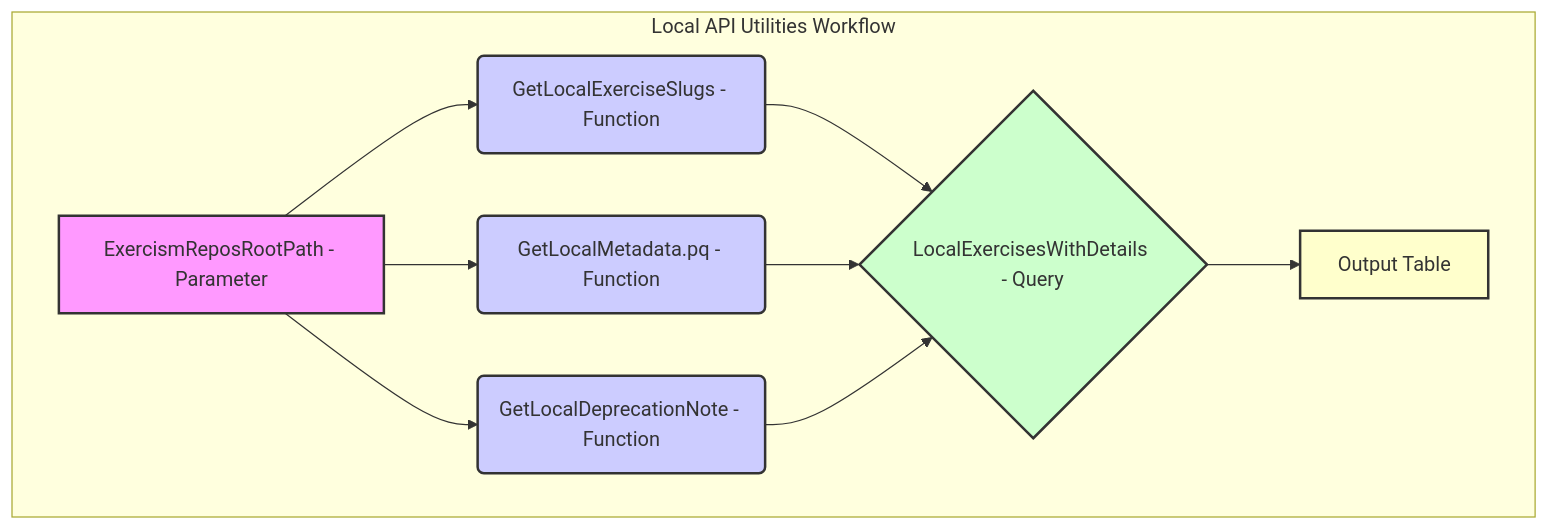
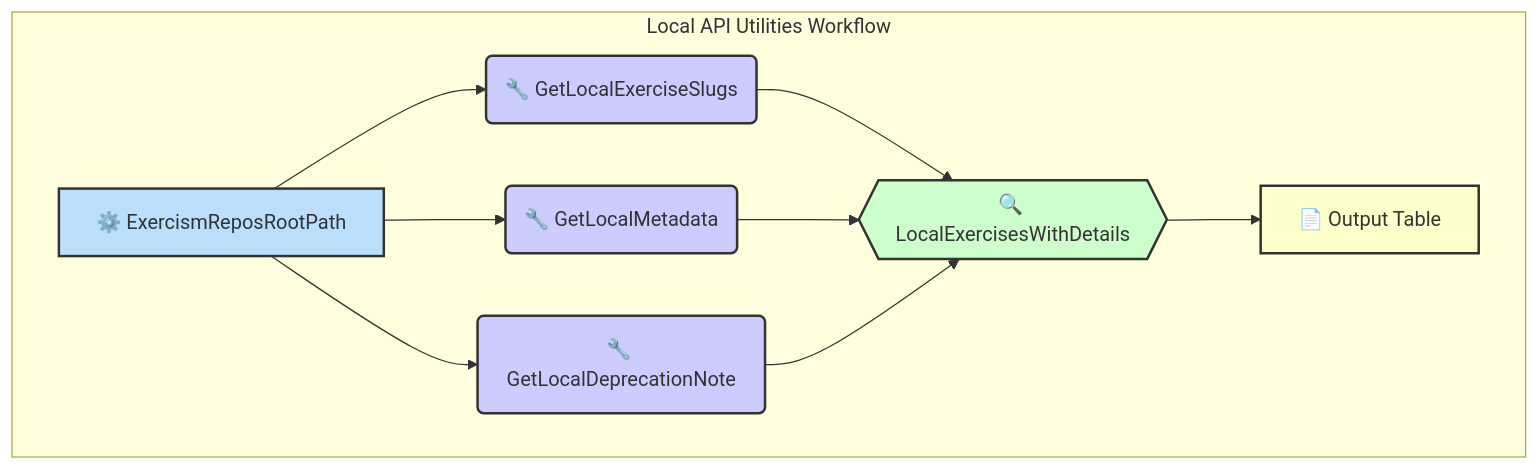
Before and after one commit to rabestro/exercism-api-powerquery-m: the diagram in docs/local-api.mermaid, drawn with Mermaid.

Commit message:
Update and enhance local-api.mermaid diagram structure
Switch from `graph TD` to `flowchart TD` for improved clarity and extend the diagram with additional nodes and styles. Refactor elements to use meaningful icons, new classes, and better node labels for readability.

```diff
--- a/docs/local-api.mermaid
+++ b/docs/local-api.mermaid
@@ -1,22 +1,27 @@
-graph TD
-subgraph "Local API Utilities Workflow"
-A[ExercismReposRootPath - Parameter] --> B(GetLocalExerciseSlugs - Function);
-A --> C(GetLocalMetadata.pq - Function);
-A --> D(GetLocalDeprecationNote - Function);
+flowchart TD
+  subgraph subGraph0["Local API Utilities Workflow"]
+    B("🔧 GetLocalExerciseSlugs")
+    A["⚙️ ExercismReposRootPath"]
+    C("🔧 GetLocalMetadata")
+    D("🔧 GetLocalDeprecationNote")
+    E["🔍 LocalExercisesWithDetails"]
+    F["📄 Output Table"]
+  end
+  A --> B & C & D
+  B --> E
+  C --> E
+  D --> E
+  E --> F
 
-B --> E{LocalExercisesWithDetails - Query};
-C --> E;
-D --> E;
-
-E --> F[Output Table];
-end
-
-classDef param fill:#f9f,stroke:#333,stroke-width:2px,color:#333;
-classDef func fill:#ccf,stroke:#333,stroke-width:2px,color:#333;
-classDef query fill:#cfc,stroke:#333,stroke-width:2px,color:#333;
-classDef output fill:#ffc,stroke:#333,stroke-width:2px,color:#333;
-
-class A param;
-class B,C,D func;
-class E query;
-class F output;
+  E@{ shape: hex}
+  B:::func
+  A:::param
+  C:::func
+  D:::func
+  E:::query
+  F:::output
+  classDef param fill:#f9f,stroke:#333,stroke-width:2px,color:#333
+  classDef func fill:#ccf,stroke:#333,stroke-width:2px,color:#333
+  classDef query fill:#cfc,stroke:#333,stroke-width:2px,color:#333
+  classDef output fill:#ffc,stroke:#333,stroke-width:2px,color:#333
+  style A fill:#BBDEFB
```
